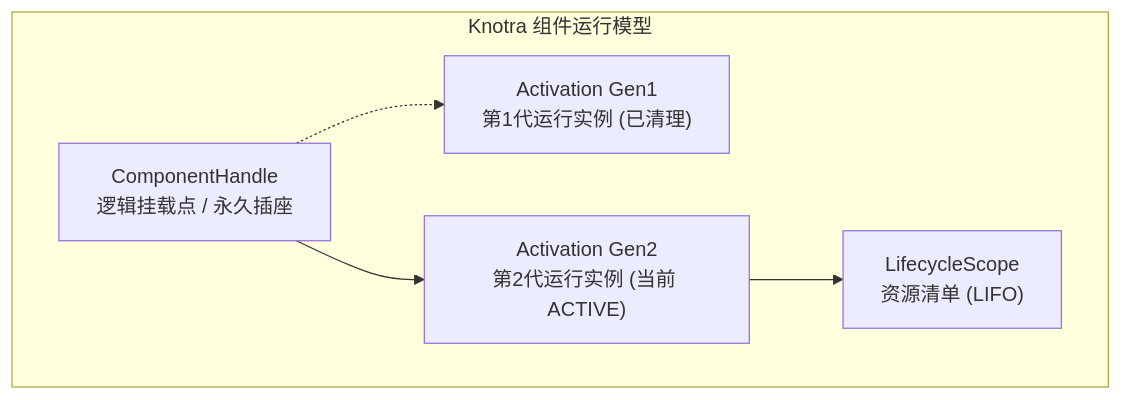
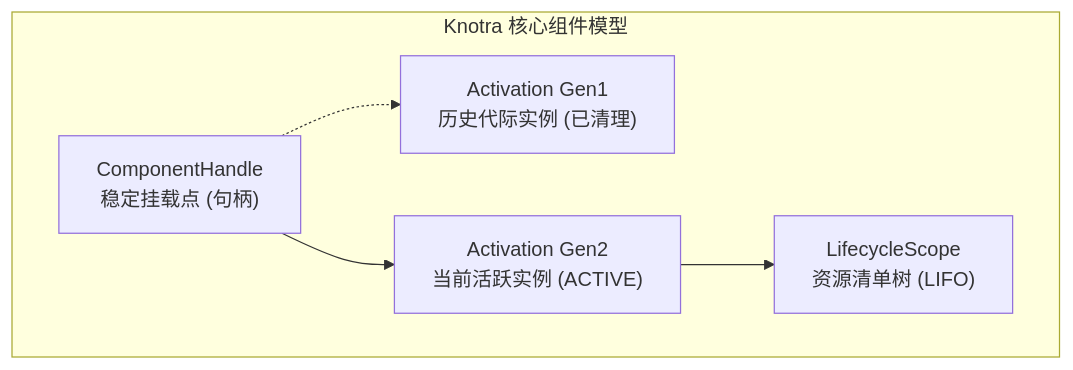
Before and after one commit to fjay/knotra: the second of 3 diagrams in README.md, drawn with Mermaid. The commit also changed other lines of this file and 7 other files, not shown here.

````diff
--- a/README.md
+++ b/README.md
@@ -140,13 +142,13 @@
 ```mermaid
 graph TD
-    subgraph component_model ["Knotra 组件运行模型"]
-        CH["ComponentHandle<br/>逻辑挂载点 / 永久插座"]
-        A1["Activation Gen1<br/>第1代运行实例 (已清理)"]
-        A2["Activation Gen2<br/>第2代运行实例 (当前 ACTIVE)"]
-        LS["LifecycleScope<br/>资源清单 (LIFO)"]
+    subgraph component_model ["Knotra 核心组件模型"]
+        CH["ComponentHandle<br/>稳定挂载点 (句柄)"]
+        A1["Activation Gen1<br/>历史代际实例 (已清理)"]
+        A2["Activation Gen2<br/>当前活跃实例 (ACTIVE)"]
+        LS["LifecycleScope<br/>资源清单树 (LIFO)"]
 
         CH -.-> A1
         CH --> A2
         A2 --> LS
     end
 ```
````
